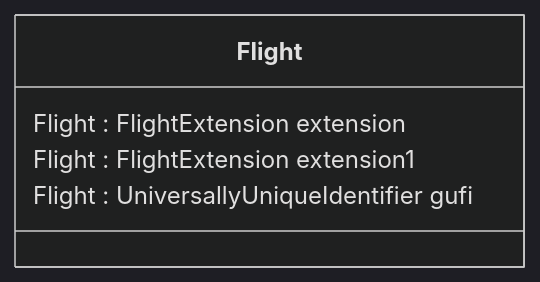
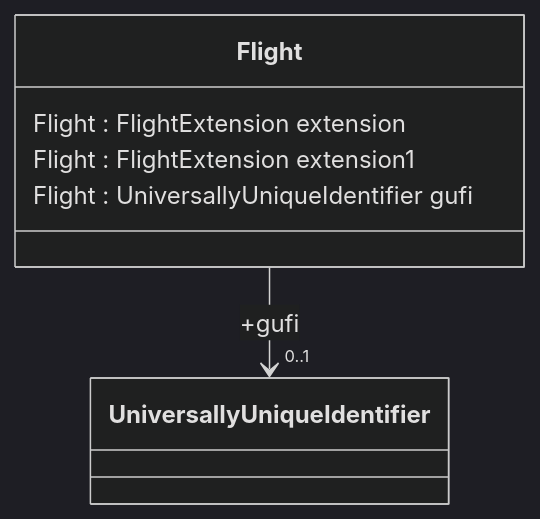
One commit to du-lapin/test_docsify changed the second of 4 diagrams in docs/fixm/FIXM_UML_in_mermaid.md. Above: the diagram before and after it, drawn with Mermaid (dark theme). The commit also changed other lines of this file, not shown here.

````diff
--- a/docs/fixm/FIXM_UML_in_mermaid.md
+++ b/docs/fixm/FIXM_UML_in_mermaid.md
@@ -24,8 +24,9 @@
 ```mermaid
 classDiagram
 class Flight{
 Flight : FlightExtension extension
 Flight : FlightExtension extension1
 Flight : UniversallyUniqueIdentifier gufi
 }
+Flight --> "0..1"  UniversallyUniqueIdentifier : +gufi
 ```
````
